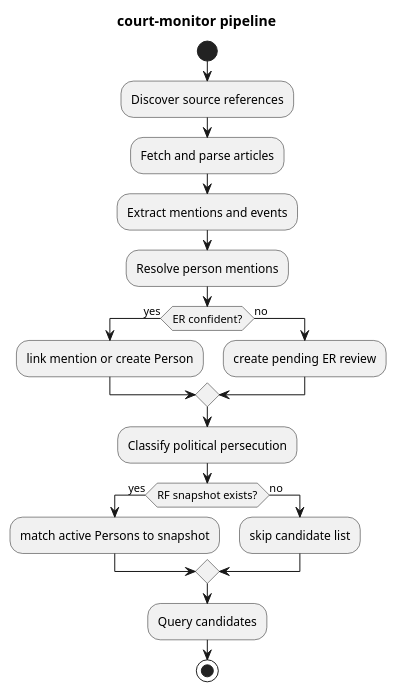
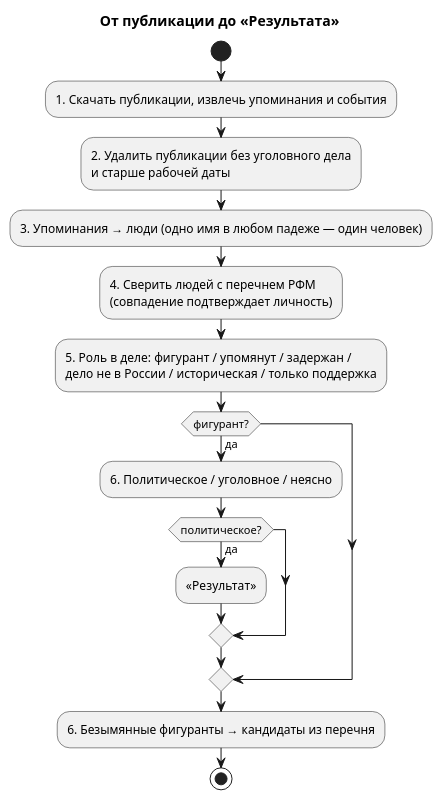
Before and after one commit to megannnn98/court-monitor: the diagram in docs/wiki/Pipeline.md, drawn with PlantUML. The commit also changed other lines of this file and 8 other files, not shown here.

````diff
--- a/docs/wiki/Pipeline.md
+++ b/docs/wiki/Pipeline.md
@@ -32,24 +48,19 @@
 ```plantuml
 @startuml
-title court-monitor pipeline
-
+title От публикации до «Результата»
 start
-:Discover source references;
-:Fetch and parse articles;
-:Extract mentions and events;
-:Resolve person mentions;
-if (ER confident?) then (yes)
-  :link mention or create Person;
-else (no)
-  :create pending ER review;
+:1. Скачать публикации, извлечь упоминания и события;
+:2. Удалить публикации без уголовного дела\nи старше рабочей даты;
+:3. Упоминания → люди (одно имя в любом падеже — один человек);
+:4. Сверить людей с перечнем РФМ\n(совпадение подтверждает личность);
+:5. Роль в деле: фигурант / упомянут / задержан /\nдело не в России / историческая / только поддержка;
+if (фигурант?) then (да)
+  :6. Политическое / уголовное / неясно;
+  if (политическое?) then (да)
+    :«Результат»;
+  endif
 endif
-:Classify political persecution;
-if (RF snapshot exists?) then (yes)
-  :match active Persons to snapshot;
-else (no)
-  :skip candidate list;
-endif
-:Query candidates;
+:6. Безымянные фигуранты → кандидаты из перечня;
 stop
 @enduml
 ```
````
